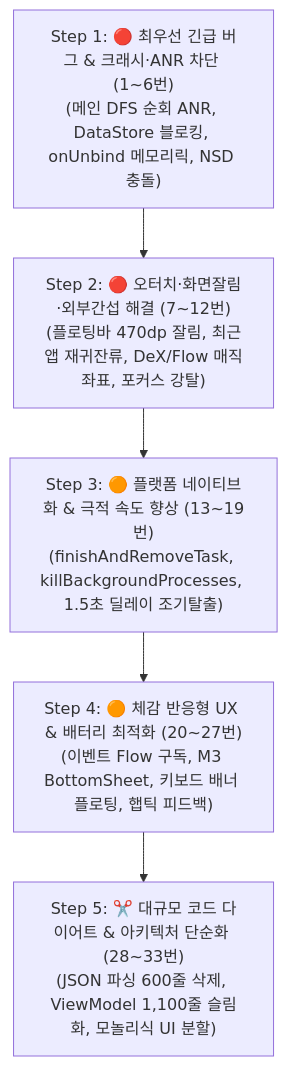
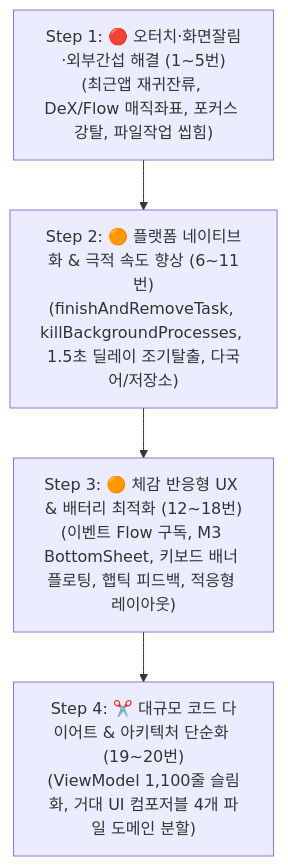
Before and after one commit to asambrive4-rgb/gemgemgen: the diagram in docs/체크리스트.md, drawn with Mermaid. The commit also changed other lines of this file and 112 other files, not shown here.

````diff
--- a/docs/체크리스트.md
+++ b/docs/체크리스트.md
@@ -485,10 +294,9 @@
 ```mermaid
 flowchart TD
-    Step1["Step 1: 🔴 최우선 긴급 버그 & 크래시·ANR 차단 (1~6번)<br/>(메인 DFS 순회 ANR, DataStore 블로킹, onUnbind 메모리릭, NSD 충돌)"]
-    Step2["Step 2: 🔴 오터치·화면잘림·외부간섭 해결 (7~12번)<br/>(플로팅바 470dp 잘림, 최근앱 재귀잔류, DeX/Flow 매직좌표, 포커스 강탈)"]
-    Step3["Step 3: 🟠 플랫폼 네이티브화 & 극적 속도 향상 (13~19번)<br/>(finishAndRemoveTask, killBackgroundProcesses, 1.5초 딜레이 조기탈출)"]
-    Step4["Step 4: 🟠 체감 반응형 UX & 배터리 최적화 (20~27번)<br/>(이벤트 Flow 구독, M3 BottomSheet, 키보드 배너 플로팅, 햅틱 피드백)"]
-    Step5["Step 5: ✂️ 대규모 코드 다이어트 & 아키텍처 단순화 (28~33번)<br/>(JSON 파싱 600줄 삭제, ViewModel 1,100줄 슬림화, 모놀리식 UI 분할)"]
+    Step1["Step 1: 🔴 오터치·화면잘림·외부간섭 해결 (1~5번)<br/>(최근앱 재귀잔류, DeX/Flow 매직좌표, 포커스 강탈, 파일작업 씹힘)"]
+    Step2["Step 2: 🟠 플랫폼 네이티브화 & 극적 속도 향상 (6~11번)<br/>(finishAndRemoveTask, killBackgroundProcesses, 1.5초 딜레이 조기탈출, 다국어/저장소)"]
+    Step3["Step 3: 🟠 체감 반응형 UX & 배터리 최적화 (12~18번)<br/>(이벤트 Flow 구독, M3 BottomSheet, 키보드 배너 플로팅, 햅틱 피드백, 적응형 레이아웃)"]
+    Step4["Step 4: ✂️ 대규모 코드 다이어트 & 아키텍처 단순화 (19~20번)<br/>(ViewModel 1,100줄 슬림화, 거대 UI 컴포저블 4개 파일 도메인 분할)"]
 
-    Step1 --> Step2 --> Step3 --> Step4 --> Step5
+    Step1 --> Step2 --> Step3 --> Step4
 ```
````
